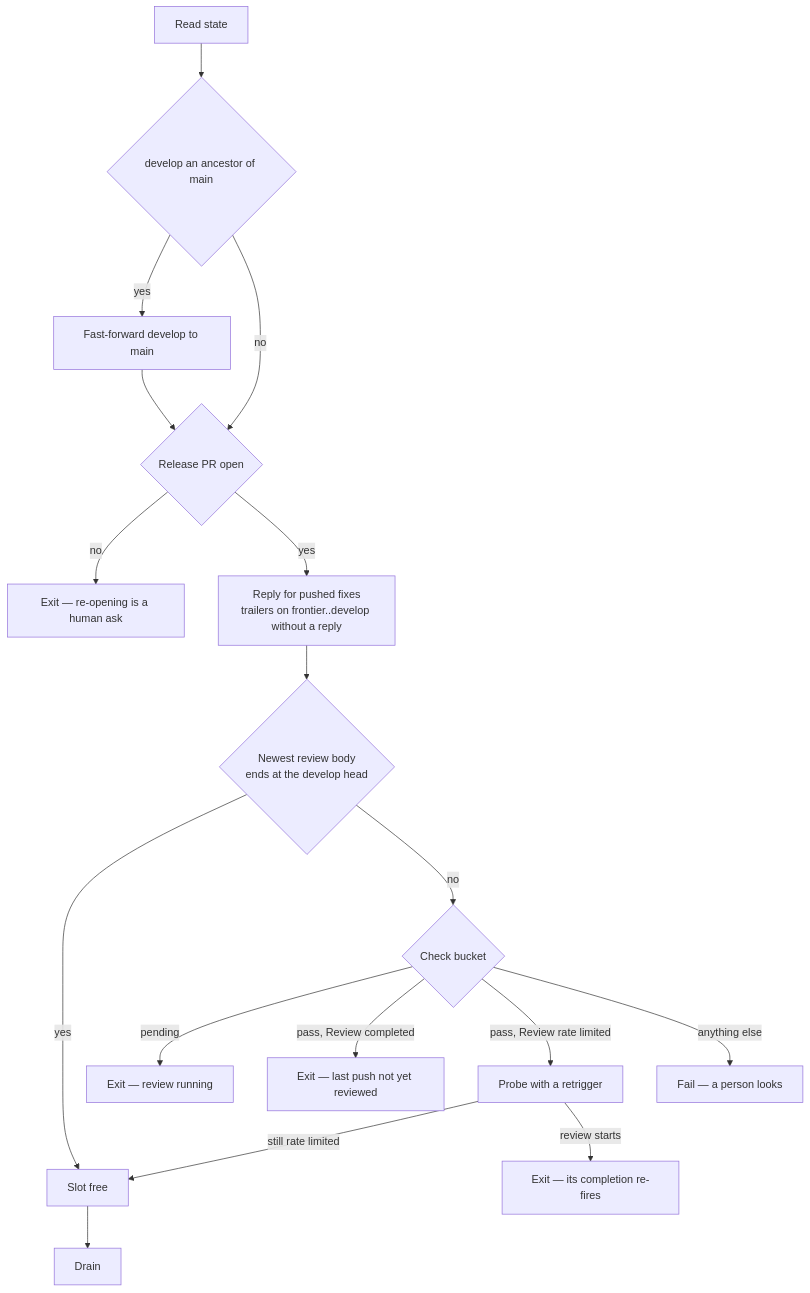
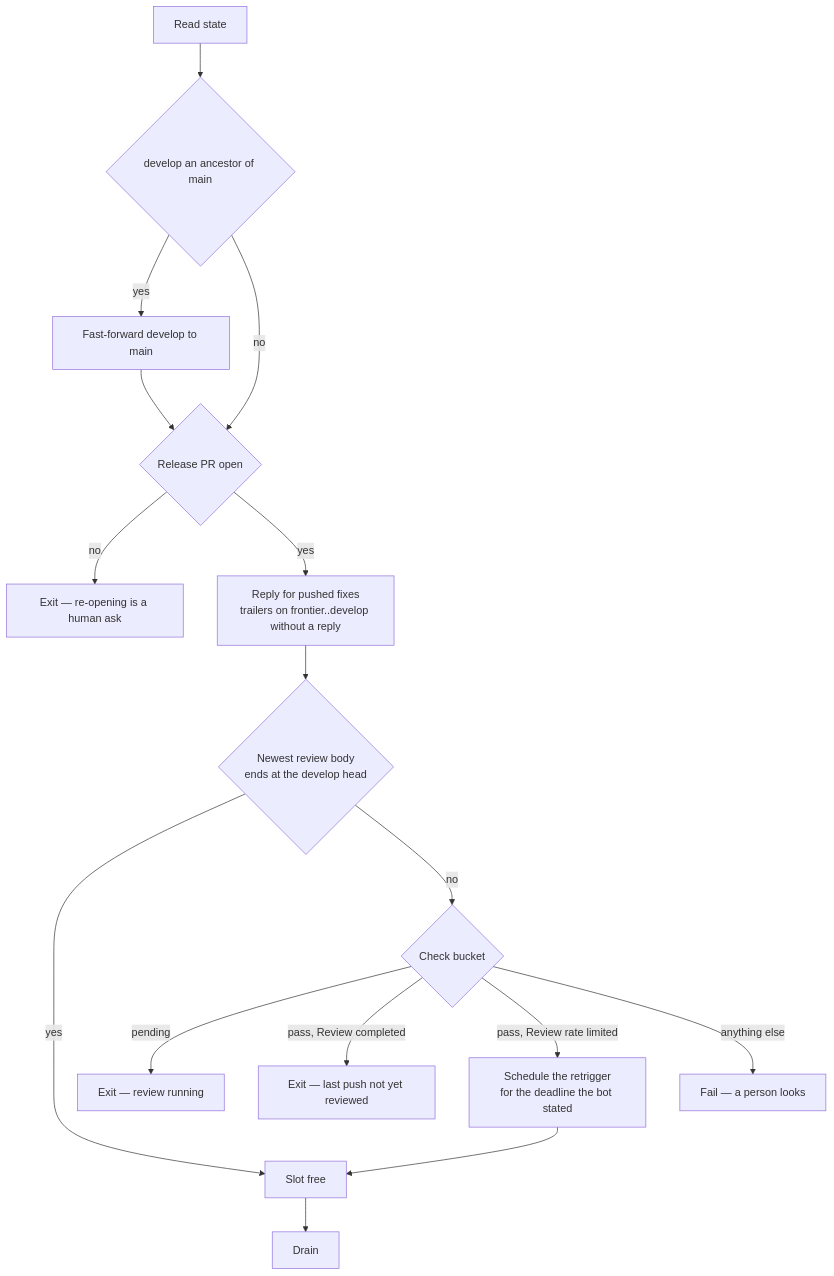
One commit to Esposter/Esposter changed the first of 2 diagrams in apps/web/content/docs/infra/review-collector/collection-cycle.md. Above: the diagram before and after it, drawn with Mermaid. The commit also changed other lines of this file and 18 other files, not shown here.

````diff
--- a/apps/web/content/docs/infra/review-collector/collection-cycle.md
+++ b/apps/web/content/docs/infra/review-collector/collection-cycle.md
@@ -32,19 +33,18 @@
 ```mermaid
 flowchart TD
   S[Read state] --> RS{develop an ancestor of main}
   RS -->|yes| FF[Fast-forward develop to main]
   RS -->|no| PR
   FF --> PR{Release PR open}
   PR -->|no| X0[Exit — re-opening is a human ask]
   PR -->|yes| RP[Reply for pushed fixes<br/>trailers on frontier..develop without a reply]
   RP --> B{Newest review body<br/>ends at the develop head}
   B -->|yes| OK[Slot free]
   B -->|no| ST{Check bucket}
   ST -->|pending| X1[Exit — review running]
   ST -->|pass, Review completed| X2[Exit — last push not yet reviewed]
-  ST -->|pass, Review rate limited| PB[Probe with a retrigger]
-  PB -->|still rate limited| OK
-  PB -->|review starts| X3[Exit — its completion re-fires]
+  ST -->|pass, Review rate limited| SR[Schedule the retrigger<br/>for the deadline the bot stated]
+  SR --> OK
   ST -->|anything else| X4[Fail — a person looks]
   OK --> D[Drain]
 ```
````
